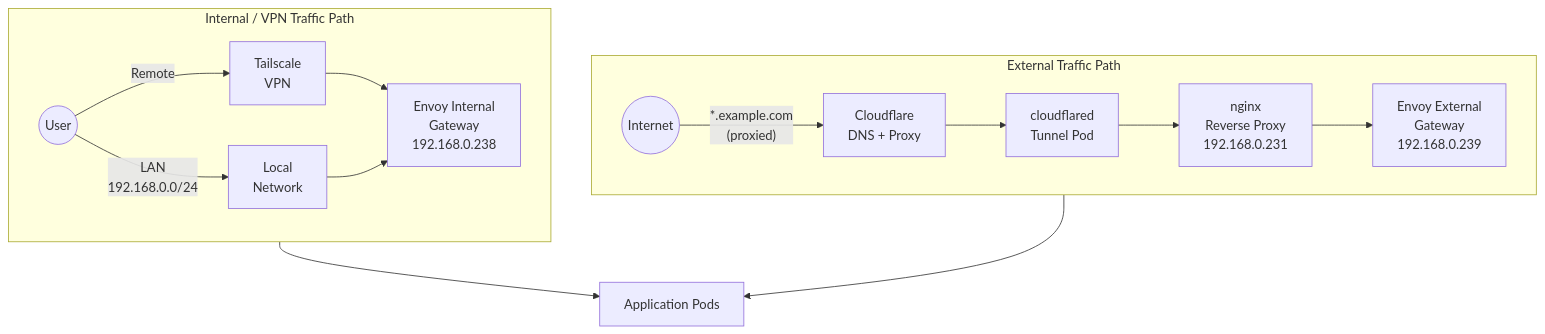
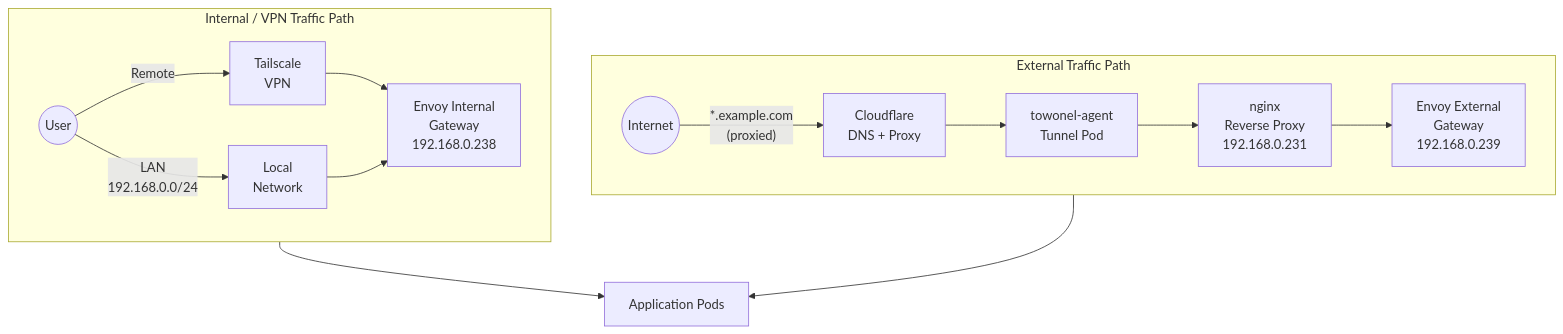
One commit to swibrow/home-ops changed the second of 3 diagrams in docs/getting-started/architecture-overview.md. Above: the diagram before and after it, drawn with Mermaid. The commit also changed other lines of this file and 28 other files, not shown here.

First line of the commit message:
feat(networking): deprecate cloudflared, towonel is the only tunnel

````diff
--- a/docs/getting-started/architecture-overview.md
+++ b/docs/getting-started/architecture-overview.md
@@ -107,33 +107,33 @@
 ```mermaid
 flowchart TB
     subgraph External["External Traffic Path"]
         direction LR
         Internet1((Internet))
         CF["Cloudflare\nDNS + Proxy"]
-        Tunnel["cloudflared\nTunnel Pod"]
+        Tunnel["towonel-agent\nTunnel Pod"]
         Nginx["nginx\nReverse Proxy\n192.168.0.231"]
         EnvoyExt["Envoy External\nGateway\n192.168.0.239"]
     end
 
     subgraph Internal["Internal / VPN Traffic Path"]
         direction LR
         User((User))
         TS["Tailscale\nVPN"]
         LAN["Local\nNetwork"]
         EnvoyInt["Envoy Internal\nGateway\n192.168.0.238"]
     end
 
     AppPods["Application Pods"]
 
     Internet1 -->|"*.example.com\n(proxied)"| CF
     CF --> Tunnel
     Tunnel --> Nginx
     Nginx --> EnvoyExt
     EnvoyExt --> AppPods
 
     User -->|Remote| TS
     TS --> EnvoyInt
     User -->|"LAN\n192.168.0.0/24"| LAN
     LAN --> EnvoyInt
     EnvoyInt --> AppPods
 ```
````
